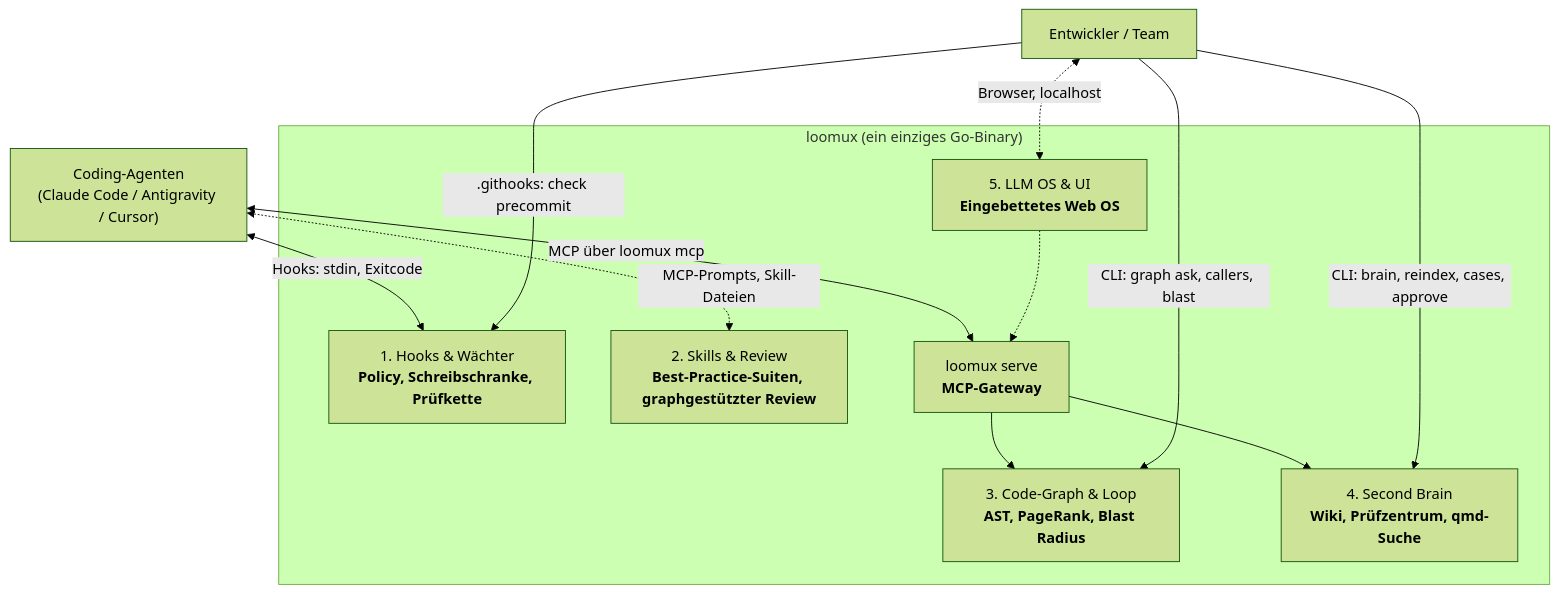
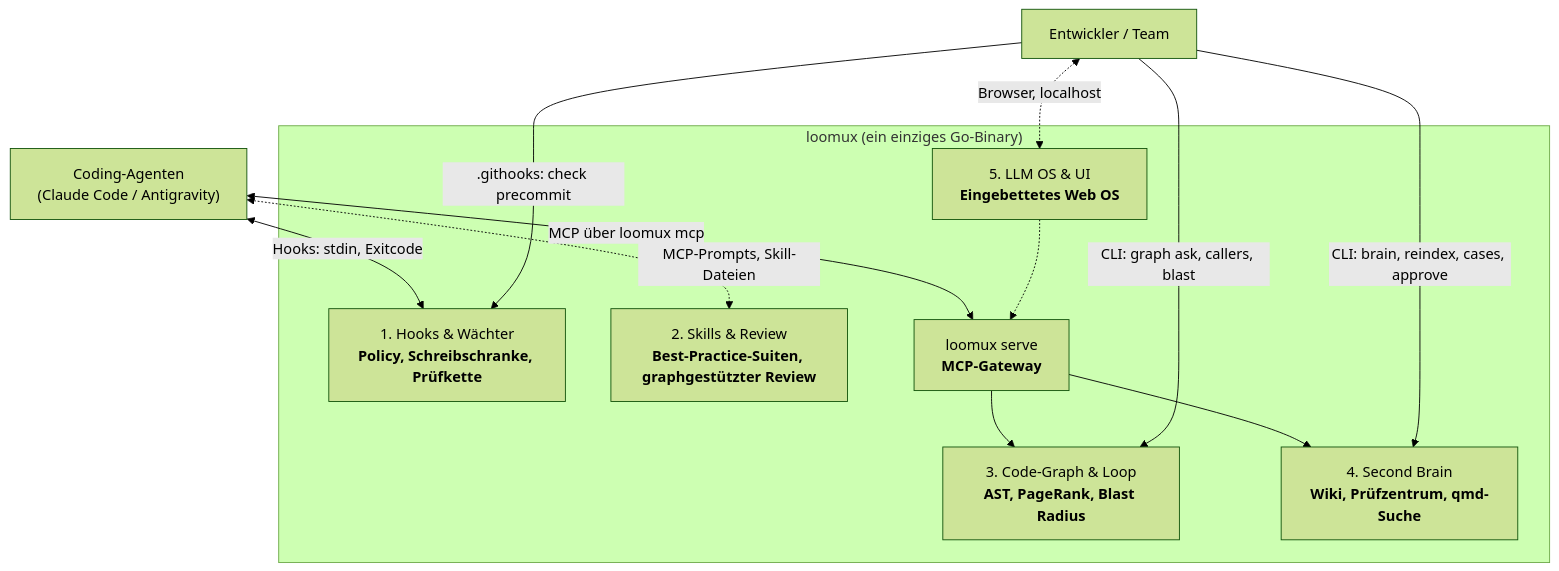
Before and after one commit to xidus90/loomux: the first of 3 diagrams in README.de.md, drawn with Mermaid (forest theme). The commit also changed other lines of this file and 18 other files, not shown here.

````diff
--- a/README.de.md
+++ b/README.de.md
@@ -21,25 +21,25 @@
 ```mermaid
 flowchart TD
     subgraph Core["loomux (ein einziges Go-Binary)"]
         P1["1. Hooks & Wächter<br/><b>Policy, Schreibschranke, Prüfkette</b>"]
         P2["2. Skills & Review<br/><b>Best-Practice-Suiten, graphgestützter Review</b>"]
         P3["3. Code-Graph & Loop<br/><b>AST, PageRank, Blast Radius</b>"]
         P4["4. Second Brain<br/><b>Wiki, Prüfzentrum, qmd-Suche</b>"]
         P5["5. LLM OS & UI<br/><b>Eingebettetes Web OS</b>"]
         Serve["loomux serve<br/><b>MCP-Gateway</b>"]
     end
 
-    Agents["Coding-Agenten<br/>(Claude Code / Antigravity / Cursor)"]
+    Agents["Coding-Agenten<br/>(Claude Code / Antigravity)"]
     Human["Entwickler / Team"]
 
     Agents <--> |"Hooks: stdin, Exitcode"| P1
     Agents <--> |"MCP über loomux mcp"| Serve
     Serve --> P3
     Serve --> P4
     Agents <-.-> |"MCP-Prompts, Skill-Dateien"| P2
     Human --> |".githooks: check precommit"| P1
     Human --> |"CLI: graph ask, callers, blast"| P3
     Human --> |"CLI: brain, reindex, cases, approve"| P4
     Human <-.-> |"Browser, localhost"| P5
     P5 -.-> Serve
 ```
````
